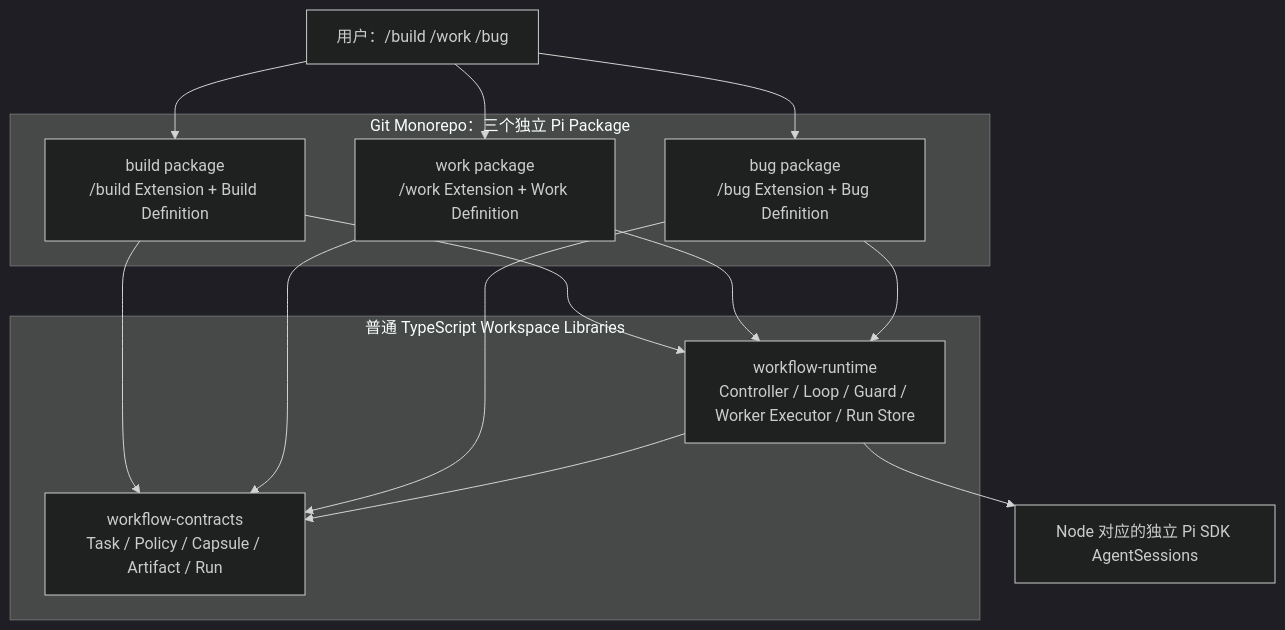
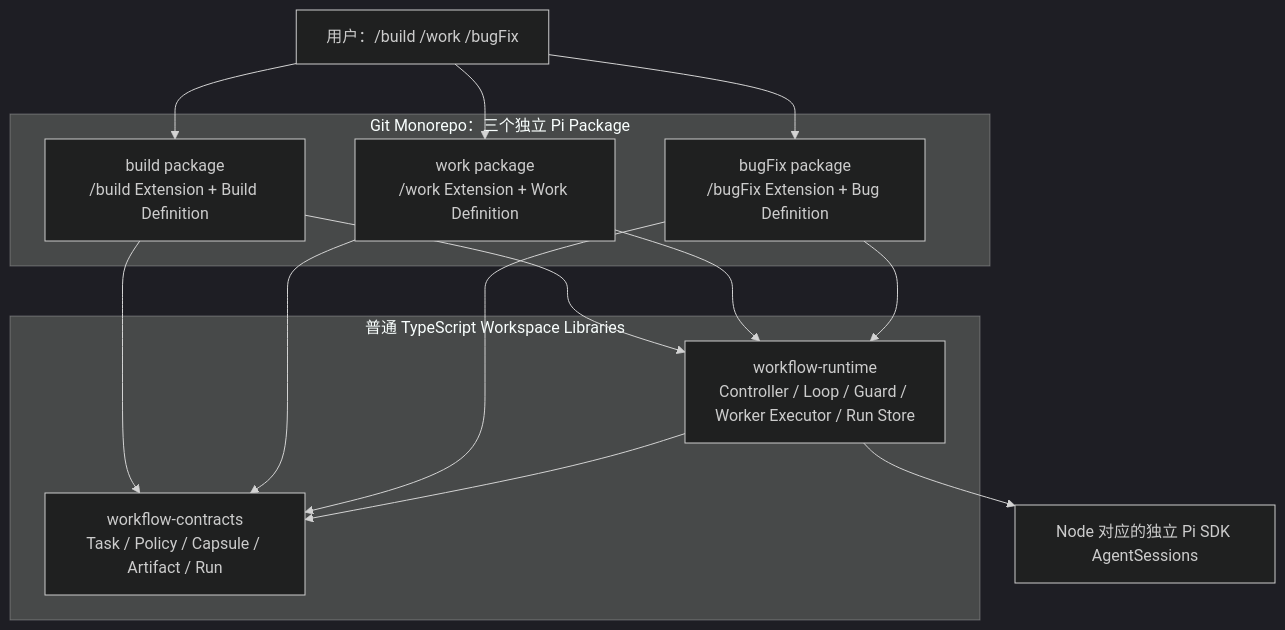
Before and after one commit to ZHOUKAILIAN/my-pi-extension: the second of 10 diagrams in docs/00-repository-organization/technical-design.md, drawn with Mermaid (dark theme). The commit also changed other lines of this file and 29 other files, not shown here.

````diff
--- a/docs/00-repository-organization/technical-design.md
+++ b/docs/00-repository-organization/technical-design.md
@@ -79,27 +79,27 @@
 ```mermaid
 flowchart TB
-    user[用户：/build /work /bug]
+    user[用户：/build /work /bugFix]
 
     subgraph packages[Git Monorepo：三个独立 Pi Package]
         build[build package<br/>/build Extension + Build Definition]
         work[work package<br/>/work Extension + Work Definition]
-        bug[bug package<br/>/bug Extension + Bug Definition]
+        bug[bugFix package<br/>/bugFix Extension + Bug Definition]
     end
 
     subgraph shared[普通 TypeScript Workspace Libraries]
         contracts[workflow-contracts<br/>Task / Policy / Capsule / Artifact / Run]
         runtime[workflow-runtime<br/>Controller / Loop / Guard / Worker Executor / Run Store]
     end
 
     user --> build
     user --> work
     user --> bug
     build --> runtime
     work --> runtime
     bug --> runtime
     build --> contracts
     work --> contracts
     bug --> contracts
     runtime --> contracts
     runtime --> workers[Node 对应的独立 Pi SDK AgentSessions]
 ```
````
